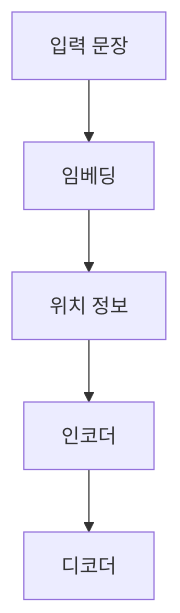
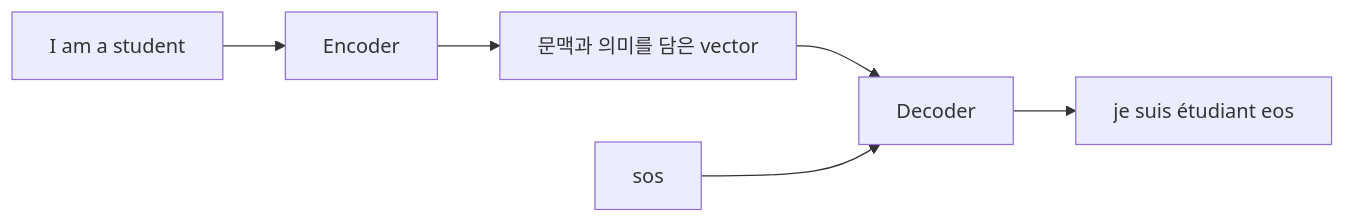
One commit to umyunsang/edu changed the second of 2 diagrams in ComputerScience/03_ai-ml-data/machine-learning/notes/01. Transformer 언어 모델링과 인코더-디코더.md. Above: the diagram before and after it, drawn with Mermaid. The commit also changed other lines of this file and 3 other files, not shown here.

````diff
--- a/ComputerScience/03_ai-ml-data/machine-learning/notes/01. Transformer 언어 모델링과 인코더-디코더.md
+++ b/ComputerScience/03_ai-ml-data/machine-learning/notes/01. Transformer 언어 모델링과 인코더-디코더.md
@@ -128,7 +99,8 @@
 ```mermaid
-flowchart TB
-    A[입력 문장] --> B[임베딩]
-    B --> C[위치 정보]
-    C --> D[인코더]
-    D --> E[디코더]
+flowchart LR
+  A["I am a student"] --> B["Encoder"]
+  B --> C["문맥과 의미를 담은 vector"]
+  C --> D["Decoder"]
+  E["sos"] --> D
+  D --> F["je suis étudiant eos"]
 ```
````
